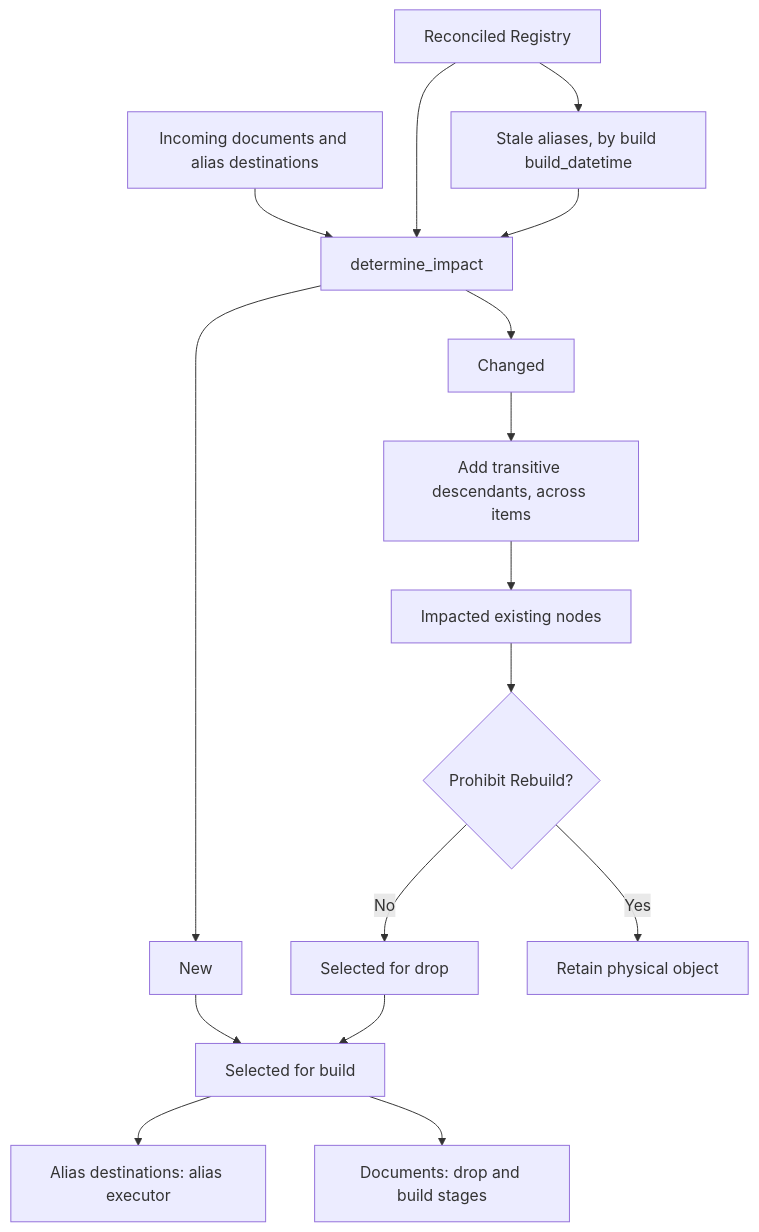
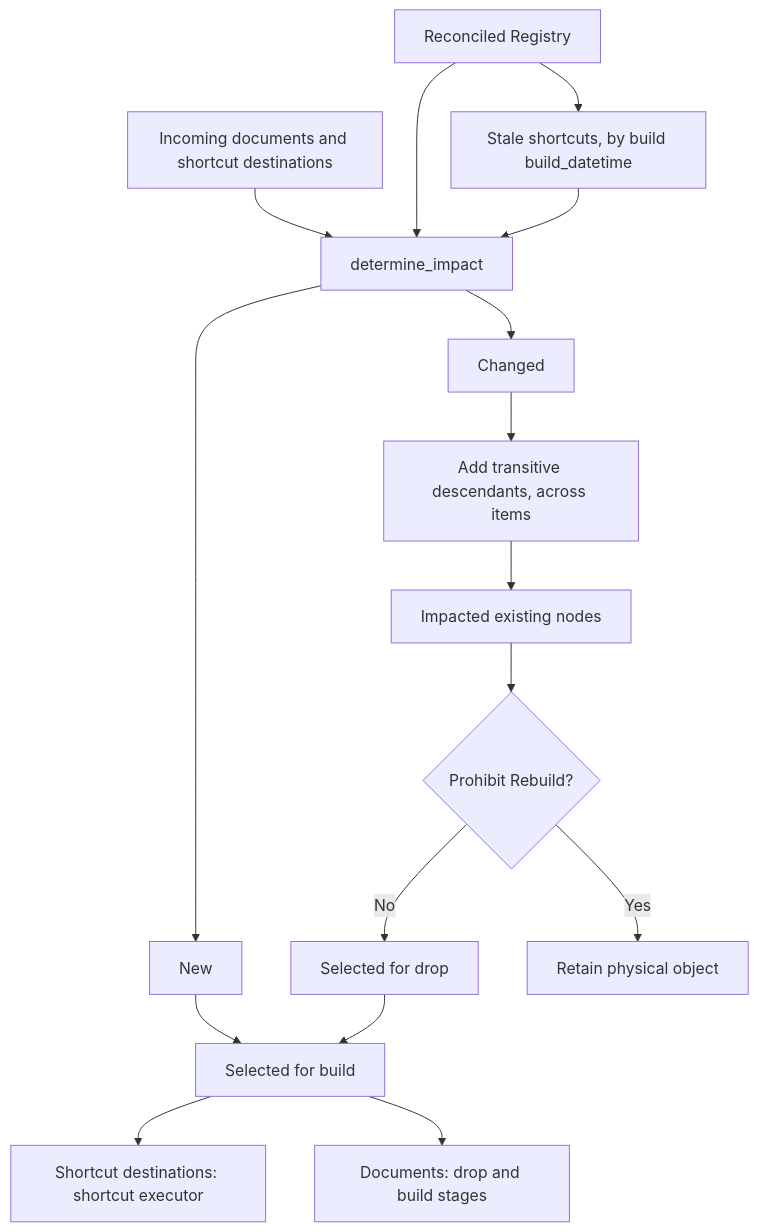
One commit to matthias-wong-dev/weaverstack changed the second of 4 diagrams in design/how-does-build-work.md. Above: the diagram before and after it, drawn with Mermaid. The commit also changed other lines of this file and 36 other files, not shown here.

````diff
--- a/design/how-does-build-work.md
+++ b/design/how-does-build-work.md
@@ -355,26 +355,26 @@
 ```mermaid
 flowchart TD
-    R["Incoming documents and alias destinations"]
+    R["Incoming documents and shortcut destinations"]
     C["Reconciled Registry"]
-    E["Stale aliases, by build build_datetime"]
+    E["Stale shortcuts, by build build_datetime"]
 
     R --> I["determine_impact"]
     C --> I
     C --> E
     E --> I
 
     I --> N["New"]
     I --> H["Changed"]
     H --> D["Add transitive descendants, across items"]
     D --> A["Impacted existing nodes"]
 
     A --> P{"Prohibit Rebuild?"}
     P -->|No| DROP["Selected for drop"]
     P -->|Yes| KEEP["Retain physical object"]
 
     N --> BUILD["Selected for build"]
     DROP --> BUILD
 
-    BUILD --> AL["Alias destinations: alias executor"]
+    BUILD --> AL["Shortcut destinations: shortcut executor"]
     BUILD --> DOC["Documents: drop and build stages"]
 ```
````
